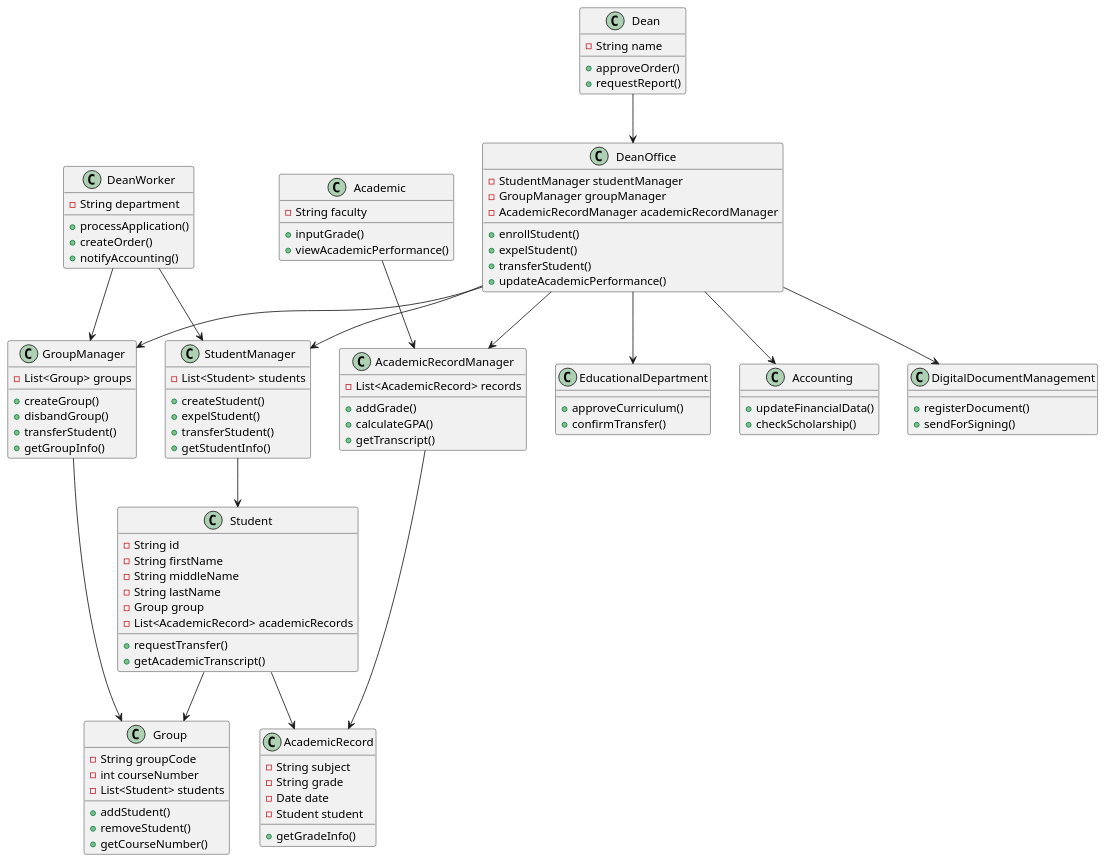
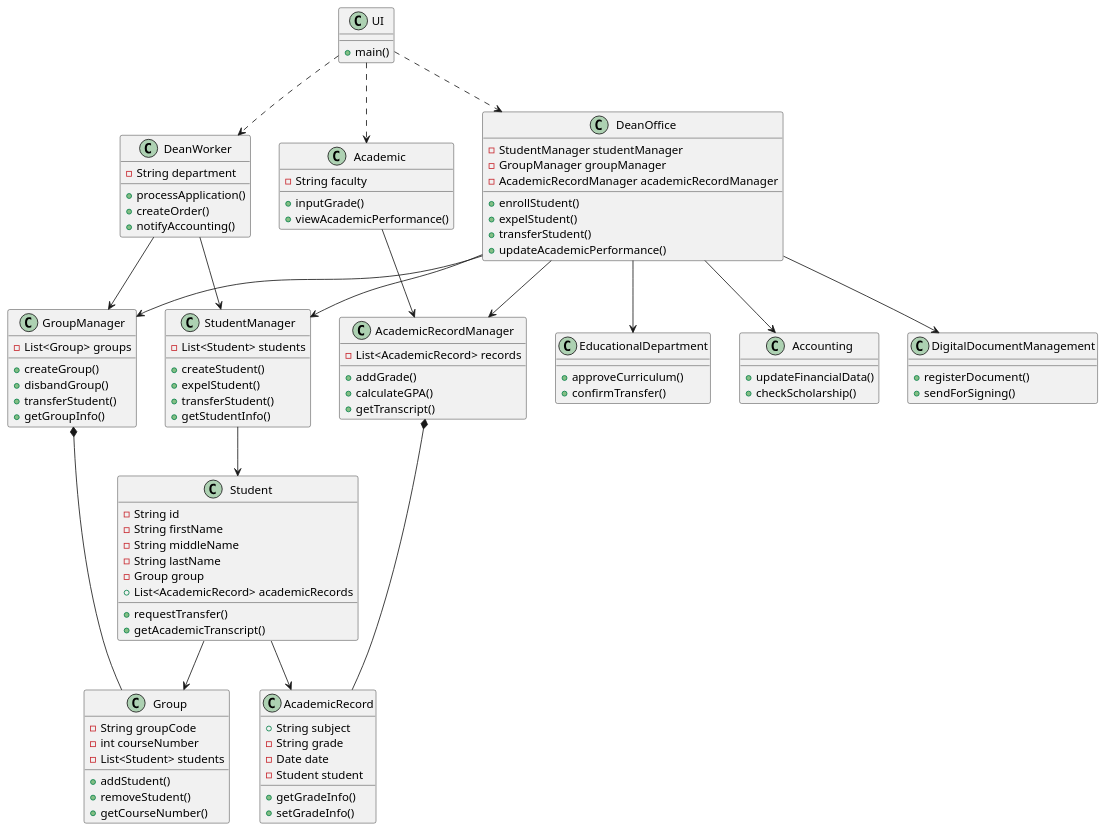
The diagram in Модель предметной области.md (penamarth/bsbo-01-23_team3_var4_dekanat), drawn with PlantUML before and after one commit.

Commit message:
Update Модель предметной области.md

````diff
--- a/Модель предметной области.md
+++ b/Модель предметной области.md
@@ -1,5 +1,9 @@
 ```plantuml
 @startuml
+class UI {
+  + main()
+}
+
 class DeanOffice {
   - StudentManager studentManager
   - GroupManager groupManager
@@ -39,7 +43,7 @@
   - String middleName
   - String lastName
   - Group group
-  - List<AcademicRecord> academicRecords
+  + List<AcademicRecord> academicRecords
   + requestTransfer()
   + getAcademicTranscript()
 }
@@ -54,11 +58,12 @@
 }
 
 class AcademicRecord {
-  - String subject
+  + String subject
   - String grade
   - Date date
   - Student student
   + getGradeInfo()
+  + setGradeInfo()
 }
 
 class Academic {
@@ -74,11 +79,6 @@
   + notifyAccounting()
 }
 
-class Dean {
-  - String name
-  + approveOrder()
-  + requestReport()
-}
 
 class EducationalDepartment {
   + approveCurriculum()
@@ -95,13 +95,17 @@
   + sendForSigning()
 }
 
+UI ..> DeanWorker
+UI ..> Academic
+UI ..> DeanOffice
+
 DeanOffice --> StudentManager
 DeanOffice --> GroupManager
 DeanOffice --> AcademicRecordManager
 
 StudentManager --> Student
-GroupManager --> Group
-AcademicRecordManager --> AcademicRecord
+GroupManager *-- Group
+AcademicRecordManager *-- AcademicRecord
 
 Student --> Group
 Student --> AcademicRecord
@@ -109,7 +113,6 @@
 Academic --> AcademicRecordManager
 DeanWorker --> StudentManager
 DeanWorker --> GroupManager
-Dean --> DeanOffice
 
 DeanOffice --> EducationalDepartment
 DeanOffice --> Accounting
````
